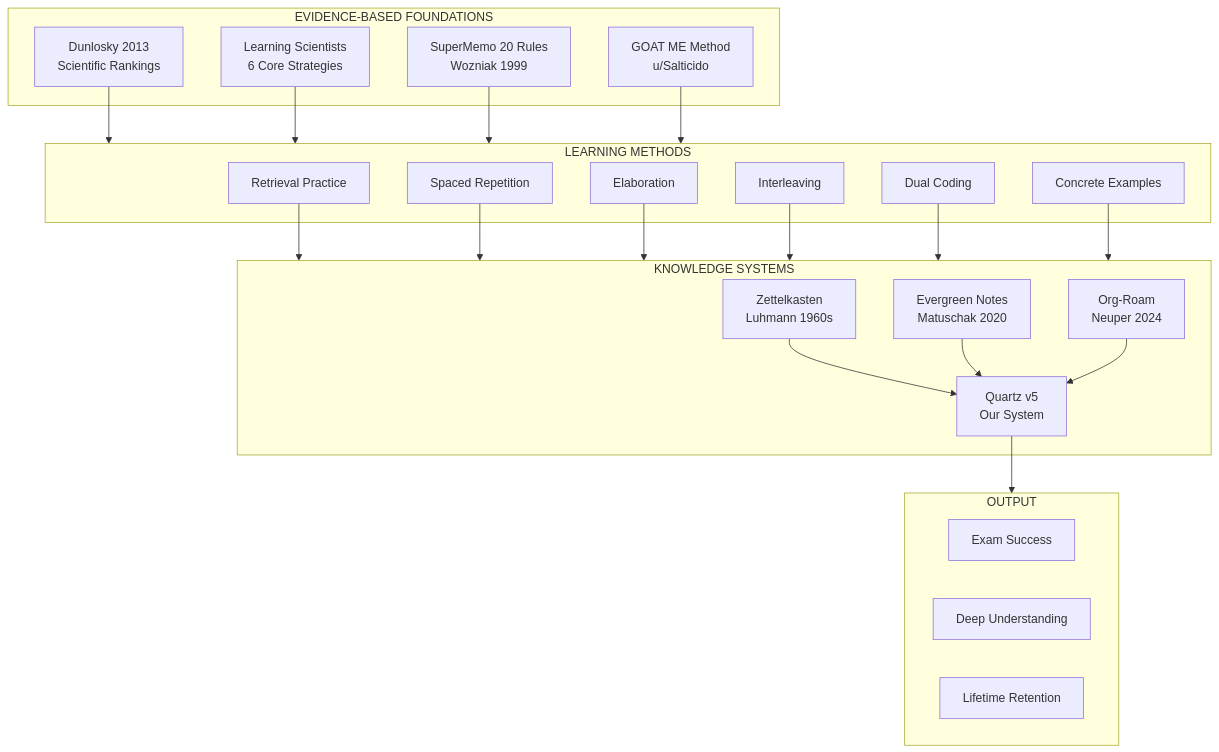
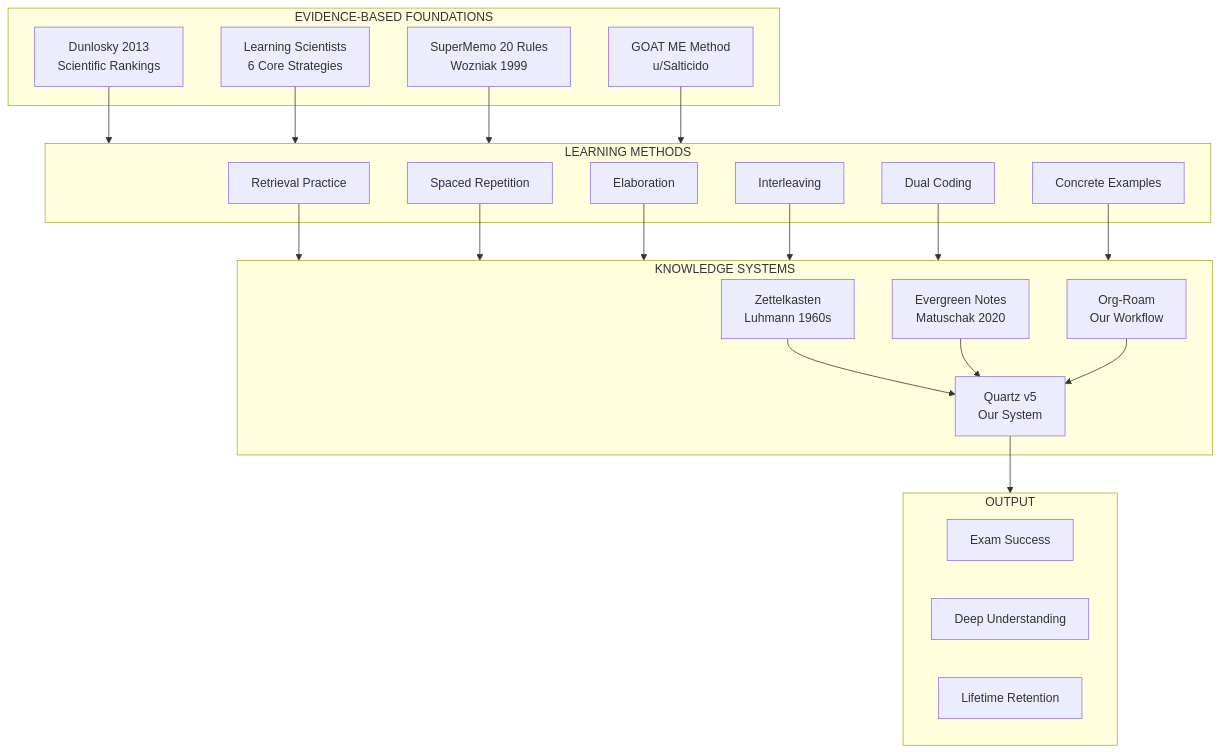
One commit to boluwajioadepojuworkp/study-notes changed the first of 6 diagrams in content/notes/complete-learning-system.md. Above: the diagram before and after it, drawn with Mermaid. The commit also changed other lines of this file and 12 other files, not shown here.

````diff
--- a/content/notes/complete-learning-system.md
+++ b/content/notes/complete-learning-system.md
@@ -11,36 +11,36 @@
 ```mermaid
 flowchart TB
     subgraph FOUNDATIONS["EVIDENCE-BASED FOUNDATIONS"]
         DUN["Dunlosky 2013<br/>Scientific Rankings"]
         LS["Learning Scientists<br/>6 Core Strategies"]
         SM["SuperMemo 20 Rules<br/>Wozniak 1999"]
         GOAT["GOAT ME Method<br/>u/Salticido"]
     end
 
     subgraph METHODS["LEARNING METHODS"]
         RET["Retrieval Practice"]
         SPA["Spaced Repetition"]
         ELA["Elaboration"]
         INT["Interleaving"]
         DUA["Dual Coding"]
         CON["Concrete Examples"]
     end
 
     subgraph SYSTEMS["KNOWLEDGE SYSTEMS"]
         ZK["Zettelkasten<br/>Luhmann 1960s"]
         EV["Evergreen Notes<br/>Matuschak 2020"]
-        ORG["Org-Roam<br/>Neuper 2024"]
+        ORG["Org-Roam<br/>Our Workflow"]
         QTZ["Quartz v5<br/>Our System"]
     end
 
     subgraph OUTPUT["OUTPUT"]
         EXAM["Exam Success"]
         DEEP["Deep Understanding"]
         RETENTION["Lifetime Retention"]
     end
 
     DUN & LS & SM & GOAT --> METHODS
     RET & SPA & ELA & INT & DUA & CON --> SYSTEMS
     ZK & EV & ORG --> QTZ
     QTZ --> OUTPUT
 ```
````
